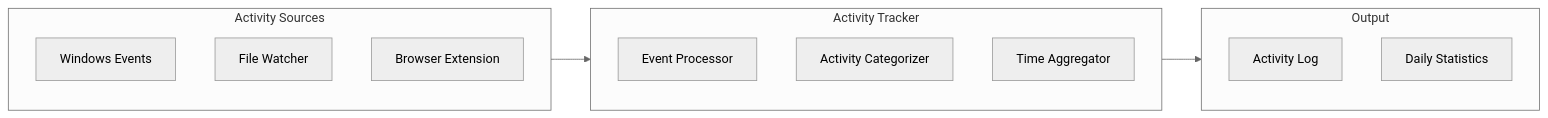
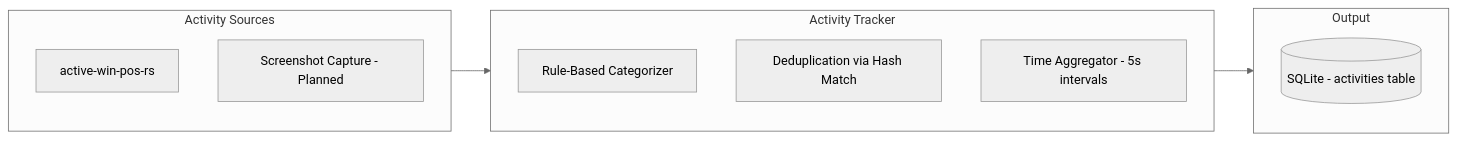
The second of 8 diagrams in architecture.md (Ashvin-KS/intent-flow), drawn with Mermaid (neutral theme) before and after one commit. The commit also changed other lines of this file and 29 other files, not shown here.

````diff
--- a/architecture.md
+++ b/architecture.md
@@ -114,21 +131,19 @@
 ```mermaid
 flowchart LR
     subgraph Sources[Activity Sources]
-        WinEvents[Windows Events]
-        FileWatcher[File Watcher]
-        BrowserExt[Browser Extension]
+        ActiveWin[active-win-pos-rs]
+        ScreenCap[Screenshot Capture - Planned]
     end
 
     subgraph Tracker[Activity Tracker]
-        EventProcessor[Event Processor]
-        Categorizer[Activity Categorizer]
-        TimeAggregator[Time Aggregator]
+        Categorizer[Rule-Based Categorizer]
+        Dedup[Deduplication via Hash Match]
+        TimeAgg[Time Aggregator - 5s intervals]
     end
 
     subgraph Output[Output]
-        ActivityLog[Activity Log]
-        Statistics[Daily Statistics]
+        SQLite[(SQLite - activities table)]
     end
 
     Sources --> Tracker --> Output
 ```
````
